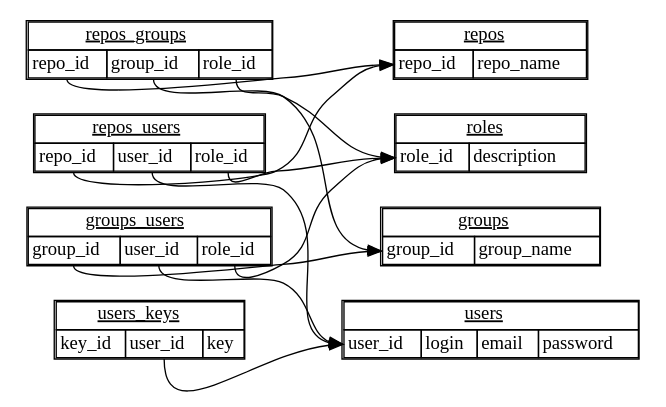
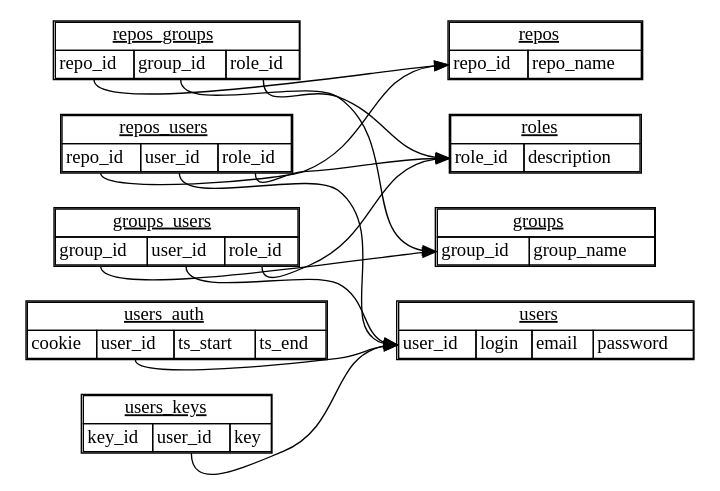
The diagram in sql/model.dot (abique/scissy), drawn with Graphviz before and after one commit. The commit also changed 1 other file, not shown here.

Commit message:
Added a table to store auth cookies

```diff
--- a/sql/model.dot
+++ b/sql/model.dot
@@ -1,24 +1,26 @@
 digraph sqliteschema {
 node [shape=plaintext];
 rankdir=LR
 splines=true
 overlap=scale
 roles [label=<<TABLE CELLSPACING="0"><TR><TD COLSPAN="4"><U>roles</U></TD></TR><TR><TD PORT="role_id">role_id</TD><TD PORT="description">description</TD></TR></TABLE>>];
 users [label=<<TABLE CELLSPACING="0"><TR><TD COLSPAN="4"><U>users</U></TD></TR><TR><TD PORT="user_id">user_id</TD><TD PORT="login">login</TD><TD PORT="email">email</TD><TD PORT="password">password</TD></TR></TABLE>>];
 users_keys [label=<<TABLE CELLSPACING="0"><TR><TD COLSPAN="4"><U>users_keys</U></TD></TR><TR><TD PORT="key_id">key_id</TD><TD PORT="user_id">user_id</TD><TD PORT="key">key</TD></TR></TABLE>>];
+users_auth [label=<<TABLE CELLSPACING="0"><TR><TD COLSPAN="4"><U>users_auth</U></TD></TR><TR><TD PORT="cookie">cookie</TD><TD PORT="user_id">user_id</TD><TD PORT="ts_start">ts_start</TD><TD PORT="ts_end">ts_end</TD></TR></TABLE>>];
 groups [label=<<TABLE CELLSPACING="0"><TR><TD COLSPAN="4"><U>groups</U></TD></TR><TR><TD PORT="group_id">group_id</TD><TD PORT="group_name">group_name</TD></TR></TABLE>>];
 groups_users [label=<<TABLE CELLSPACING="0"><TR><TD COLSPAN="4"><U>groups_users</U></TD></TR><TR><TD PORT="group_id">group_id</TD><TD PORT="user_id">user_id</TD><TD PORT="role_id">role_id</TD></TR></TABLE>>];
 repos [label=<<TABLE CELLSPACING="0"><TR><TD COLSPAN="4"><U>repos</U></TD></TR><TR><TD PORT="repo_id">repo_id</TD><TD PORT="repo_name">repo_name</TD></TR></TABLE>>];
 repos_groups [label=<<TABLE CELLSPACING="0"><TR><TD COLSPAN="4"><U>repos_groups</U></TD></TR><TR><TD PORT="repo_id">repo_id</TD><TD PORT="group_id">group_id</TD><TD PORT="role_id">role_id</TD></TR></TABLE>>];
 repos_users [label=<<TABLE CELLSPACING="0"><TR><TD COLSPAN="4"><U>repos_users</U></TD></TR><TR><TD PORT="repo_id">repo_id</TD><TD PORT="user_id">user_id</TD><TD PORT="role_id">role_id</TD></TR></TABLE>>];
 users_keys:user_id -> users:user_id;
+users_auth:user_id -> users:user_id;
 groups_users:role_id -> roles:role_id;
 groups_users:user_id -> users:user_id;
 groups_users:group_id -> groups:group_id;
 repos_groups:role_id -> roles:role_id;
 repos_groups:group_id -> groups:group_id;
 repos_groups:repo_id -> repos:repo_id;
 repos_users:role_id -> roles:role_id;
 repos_users:user_id -> users:user_id;
 repos_users:repo_id -> repos:repo_id;
 }
```
